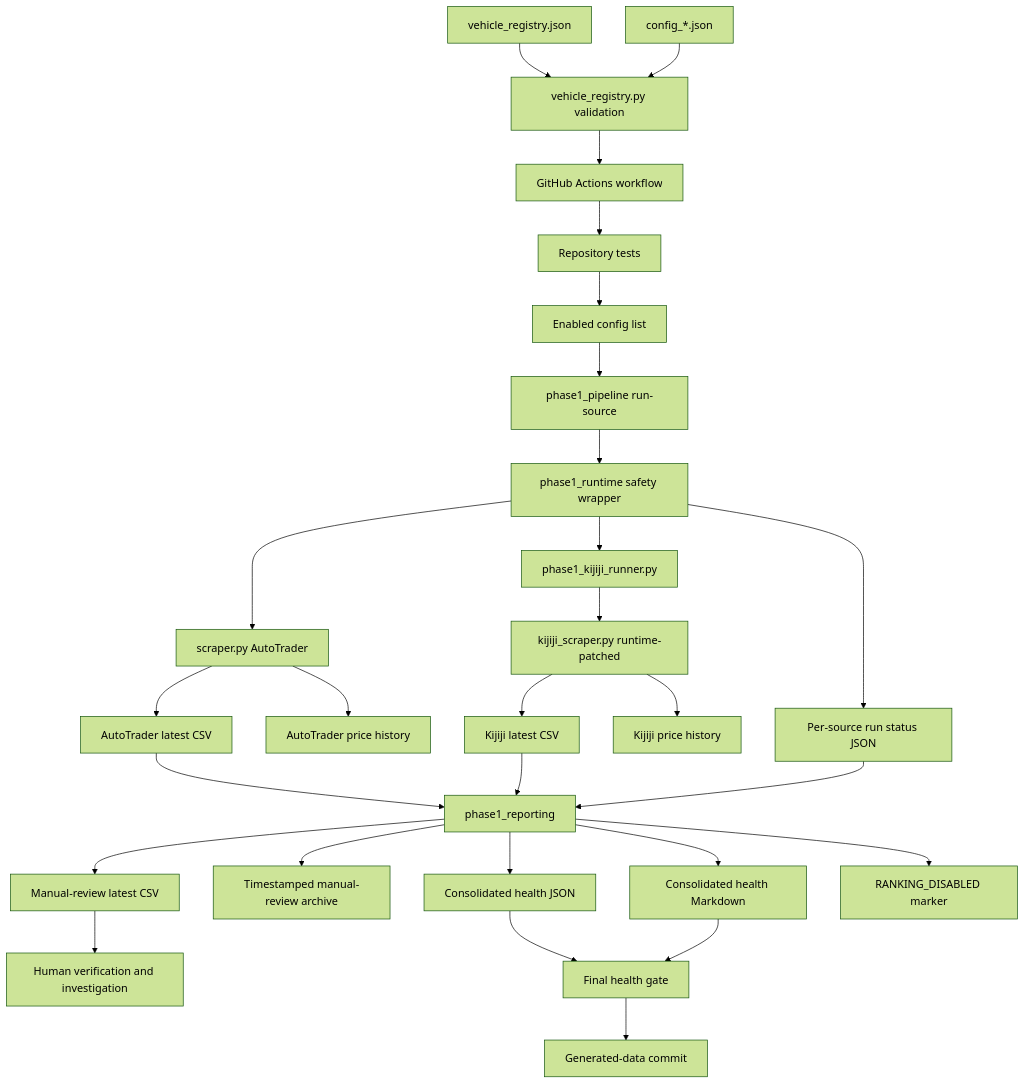
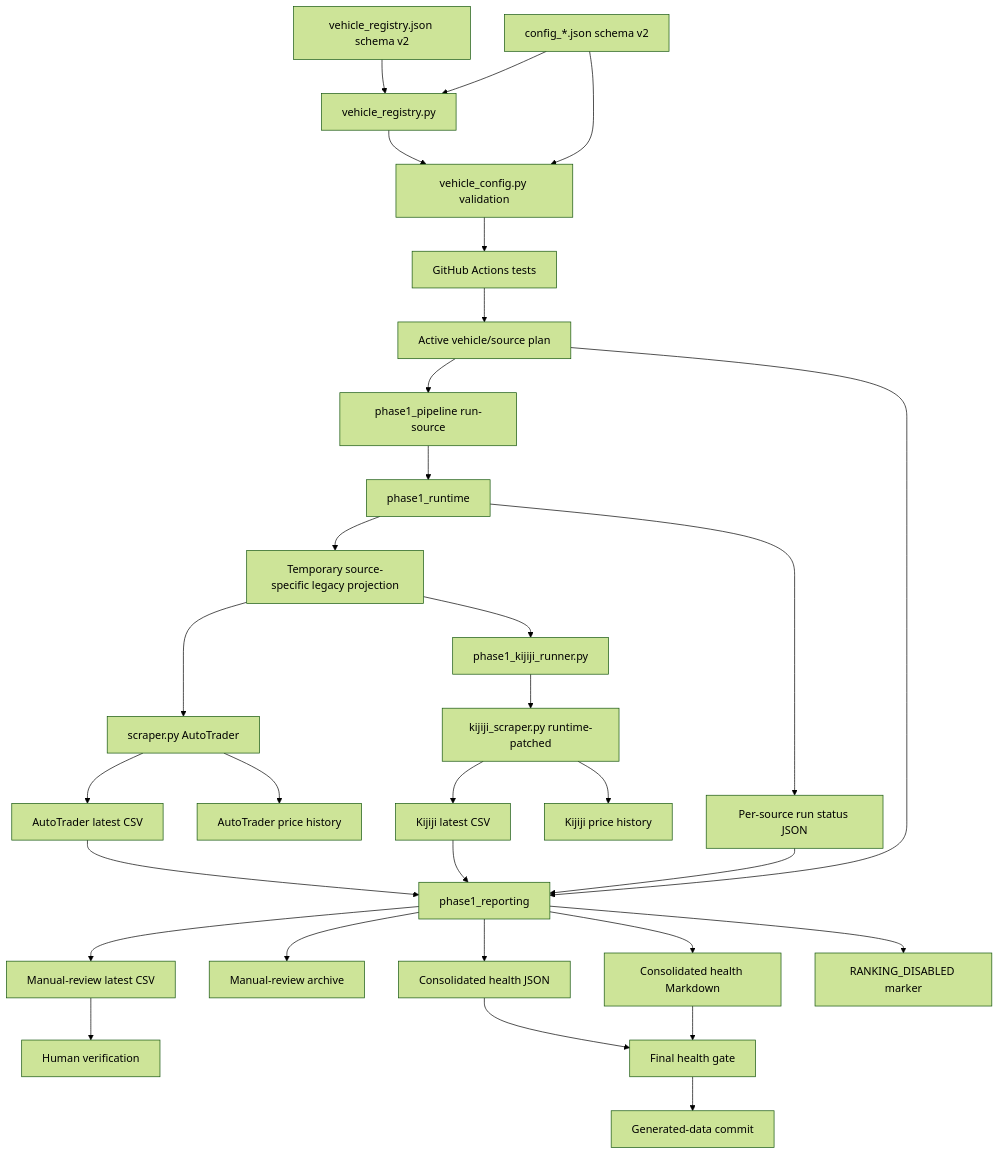
The diagram in docs/ARCHITECTURE_AND_DATA_FLOW.md (Stryker-maker/vehicle_scraper), drawn with Mermaid (forest theme) before and after one commit. The commit also changed other lines of this file, not shown here.

Commit message:
Audit 02: document governed config projection flow

````diff
--- a/docs/ARCHITECTURE_AND_DATA_FLOW.md
+++ b/docs/ARCHITECTURE_AND_DATA_FLOW.md
@@ -95,37 +105,38 @@
 ```mermaid
 flowchart TD
-    A[vehicle_registry.json] --> B[vehicle_registry.py validation]
-    C[config_*.json] --> B
-    B --> D[GitHub Actions workflow]
-    D --> E[Repository tests]
-    E --> F[Enabled config list]
+    A[vehicle_registry.json schema v2] --> B[vehicle_registry.py]
+    C[config_*.json schema v2] --> B
+    C --> D[vehicle_config.py validation]
+    B --> D
+    D --> E[GitHub Actions tests]
+    E --> F[Active vehicle/source plan]
 
     F --> G[phase1_pipeline run-source]
-    G --> H[phase1_runtime safety wrapper]
+    G --> H[phase1_runtime]
+    H --> I[Temporary source-specific legacy projection]
 
-    H --> I[scraper.py AutoTrader]
-    H --> J[phase1_kijiji_runner.py]
-    J --> K[kijiji_scraper.py runtime-patched]
+    I --> J[scraper.py AutoTrader]
+    I --> K[phase1_kijiji_runner.py]
+    K --> L[kijiji_scraper.py runtime-patched]
 
-    I --> L[AutoTrader latest CSV]
-    K --> M[Kijiji latest CSV]
+    J --> M[AutoTrader latest CSV]
+    L --> N[Kijiji latest CSV]
+    J --> O[AutoTrader price history]
+    L --> P[Kijiji price history]
+    H --> Q[Per-source run status JSON]
 
-    I --> N[AutoTrader price history]
-    K --> O[Kijiji price history]
+    F --> R[phase1_reporting]
+    M --> R
+    N --> R
+    Q --> R
+    R --> S[Manual-review latest CSV]
+    R --> T[Manual-review archive]
+    R --> U[Consolidated health JSON]
+    R --> V[Consolidated health Markdown]
+    R --> W[RANKING_DISABLED marker]
 
-    H --> P[Per-source run status JSON]
-    L --> Q[phase1_reporting]
-    M --> Q
-    P --> Q
-
-    Q --> R[Manual-review latest CSV]
-    Q --> S[Timestamped manual-review archive]
-    Q --> T[Consolidated health JSON]
-    Q --> U[Consolidated health Markdown]
-    Q --> V[RANKING_DISABLED marker]
-
-    R --> W[Human verification and investigation]
-    T --> X[Final health gate]
-    U --> X
-    X --> Y[Generated-data commit]
+    S --> X[Human verification]
+    U --> Y[Final health gate]
+    V --> Y
+    Y --> Z[Generated-data commit]
 ```
````
